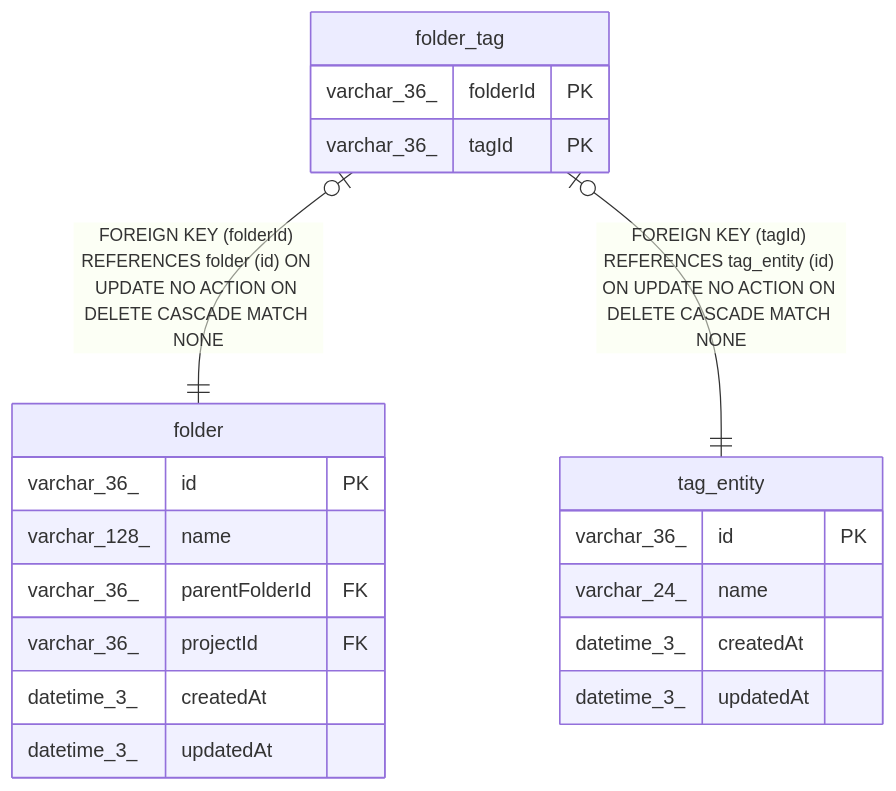
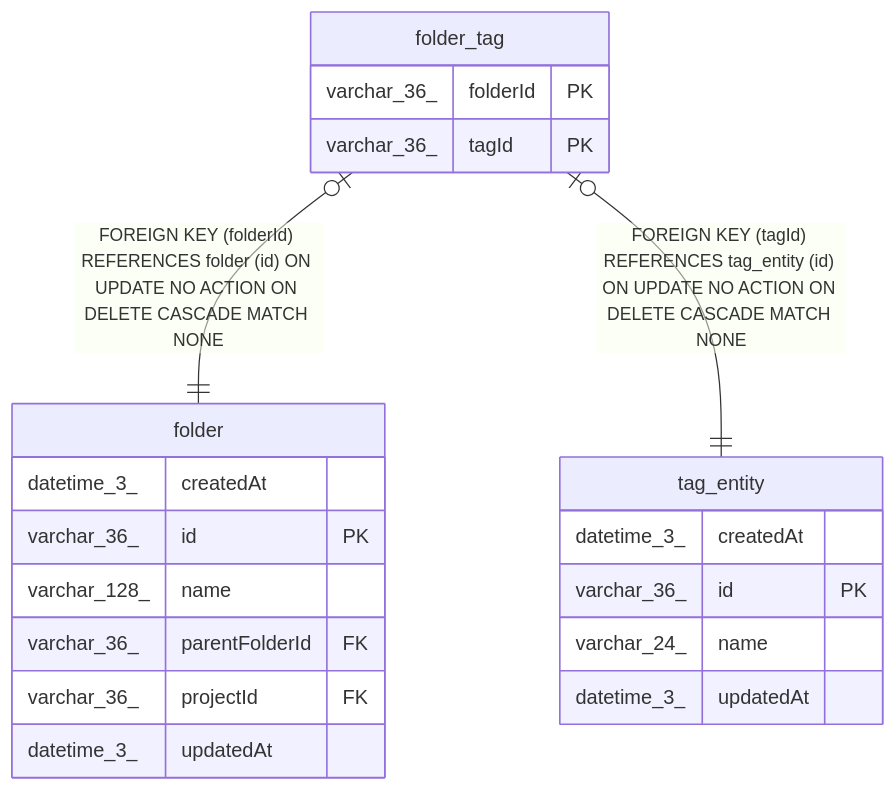
Before and after one commit to mayankjain1815-commits/n8n: the diagram in docs/generated/sqlite-schema/folder_tag.md, drawn with Mermaid. The commit also changed other lines of this file and 221 other files, not shown here.

Commit message:
chore(core): Make DB schema docs generation deterministic (#32373)

````diff
--- a/docs/generated/sqlite-schema/folder_tag.md
+++ b/docs/generated/sqlite-schema/folder_tag.md
@@ -39,25 +39,25 @@
 ```mermaid
 erDiagram
 
 "folder_tag" |o--|| "folder" : "FOREIGN KEY (folderId) REFERENCES folder (id) ON UPDATE NO ACTION ON DELETE CASCADE MATCH NONE"
 "folder_tag" |o--|| "tag_entity" : "FOREIGN KEY (tagId) REFERENCES tag_entity (id) ON UPDATE NO ACTION ON DELETE CASCADE MATCH NONE"
 
 "folder_tag" {
   varchar_36_ folderId PK
   varchar_36_ tagId PK
 }
 "folder" {
+  datetime_3_ createdAt
   varchar_36_ id PK
   varchar_128_ name
   varchar_36_ parentFolderId FK
   varchar_36_ projectId FK
-  datetime_3_ createdAt
   datetime_3_ updatedAt
 }
 "tag_entity" {
+  datetime_3_ createdAt
   varchar_36_ id PK
   varchar_24_ name
-  datetime_3_ createdAt
   datetime_3_ updatedAt
 }
 ```
````
